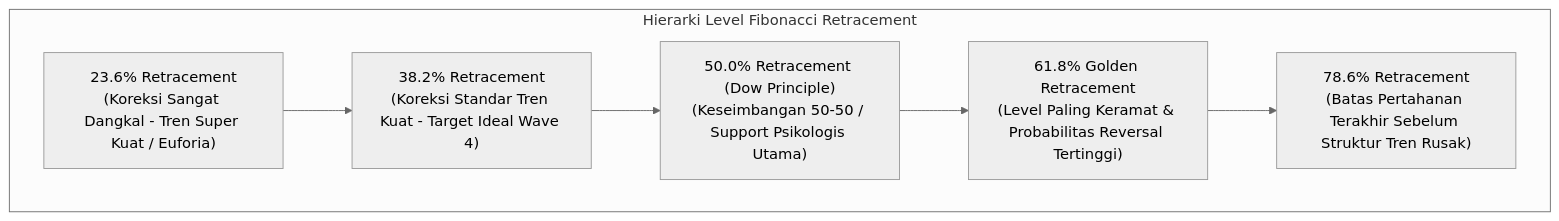
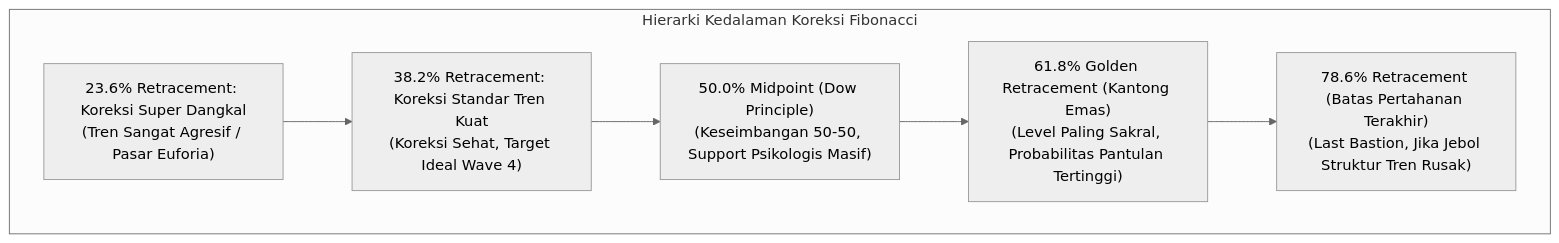
Before and after one commit to AlulCode45/Trading-Learning-Path: the third of 6 diagrams in docs/edianto-ong/23-fibonacci-dan-retracements.md, drawn with Mermaid (neutral theme). The commit also changed other lines of this file and 29 other files, not shown here.

Commit message:
docs(edianto-ong): upgrade all 29 chapters with beginner analogies, diagrams, step-by-step guides, and case studies

````diff
--- a/docs/edianto-ong/23-fibonacci-dan-retracements.md
+++ b/docs/edianto-ong/23-fibonacci-dan-retracements.md
@@ -56,11 +87,11 @@
 ```mermaid
 flowchart TD
-    subgraph RetracementLevels["Hierarki Level Fibonacci Retracement"]
-        L236["23.6% Retracement<br/>(Koreksi Sangat Dangkal - Tren Super Kuat / Euforia)"]
-        L382["38.2% Retracement<br/>(Koreksi Standar Tren Kuat - Target Ideal Wave 4)"]
-        L500["50.0% Retracement (Dow Principle)<br/>(Keseimbangan 50-50 / Support Psikologis Utama)"]
-        L618["61.8% Golden Retracement<br/>(Level Paling Keramat & Probabilitas Reversal Tertinggi)"]
-        L786["78.6% Retracement<br/>(Batas Pertahanan Terakhir Sebelum Struktur Tren Rusak)"]
+    subgraph RetracementHierarchy["Hierarki Kedalaman Koreksi Fibonacci"]
+        L236["23.6% Retracement: Koreksi Super Dangkal<br/>(Tren Sangat Agresif / Pasar Euforia)"]
+        L382["38.2% Retracement: Koreksi Standar Tren Kuat<br/>(Koreksi Sehat, Target Ideal Wave 4)"]
+        L500["50.0% Midpoint (Dow Principle)<br/>(Keseimbangan 50-50, Support Psikologis Masif)"]
+        L618["61.8% Golden Retracement (Kantong Emas)<br/>(Level Paling Sakral, Probabilitas Pantulan Tertinggi)"]
+        L786["78.6% Retracement (Batas Pertahanan Terakhir)<br/>(Last Bastion, Jika Jebol Struktur Tren Rusak)"]
     end
     L236 --> L382 --> L500 --> L618 --> L786
 ```
````
